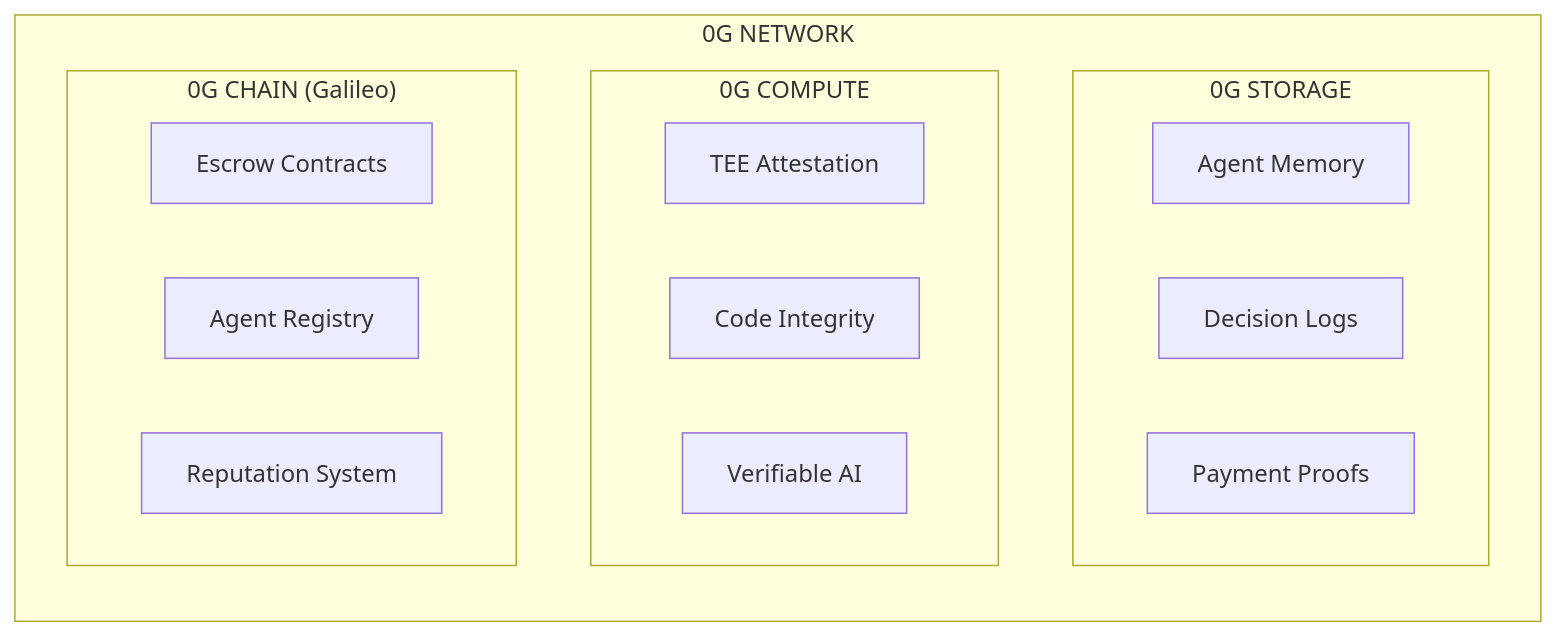
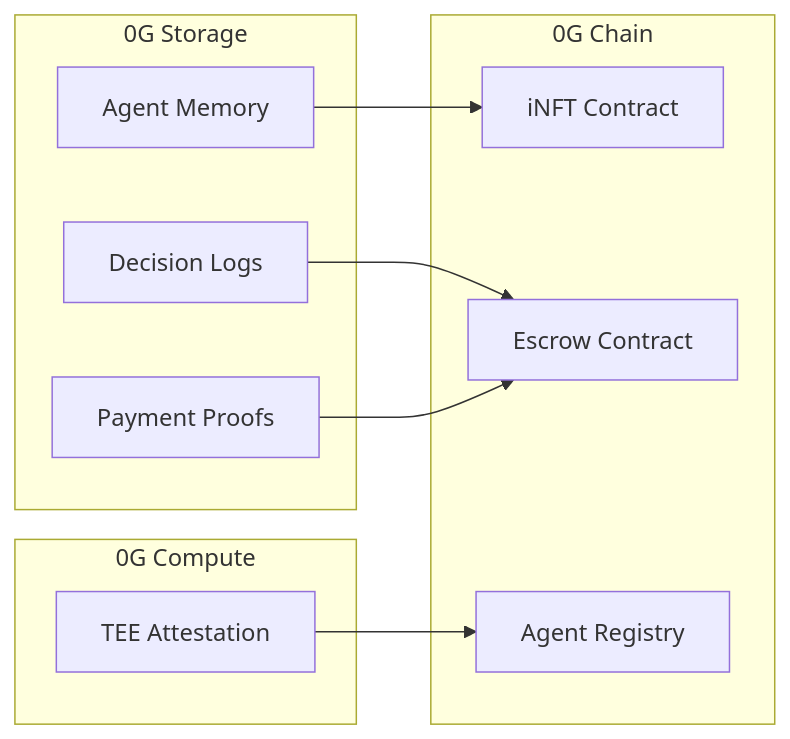
One commit to arko05roy/Aegis changed the second of 4 diagrams in README.md. Above: the diagram before and after it, drawn with Mermaid. The commit also changed other lines of this file, not shown here.

First line of the commit message:
docs: rewrite README with clear settlement flow and sponsor sections

````diff
--- a/README.md
+++ b/README.md
@@ -115,20 +85,23 @@
 ```mermaid
 flowchart LR
-    subgraph ZeroG["0G NETWORK"]
-        subgraph Storage["0G STORAGE"]
-            S1[Agent Memory]
-            S2[Decision Logs]
-            S3[Payment Proofs]
-        end
-        subgraph Compute["0G COMPUTE"]
-            C1[TEE Attestation]
-            C2[Code Integrity]
-            C3[Verifiable AI]
-        end
-        subgraph Chain["0G CHAIN (Galileo)"]
-            G1[Escrow Contracts]
-            G2[Agent Registry]
-            G3[Reputation System]
-        end
+    subgraph Storage["0G Storage"]
+        M[Agent Memory]
+        D[Decision Logs]
+        P[Payment Proofs]
     end
+    
+    subgraph Compute["0G Compute"]
+        T[TEE Attestation]
+    end
+    
+    subgraph Chain["0G Chain"]
+        E[Escrow Contract]
+        A[Agent Registry]
+        I[iNFT Contract]
+    end
+    
+    M --> I
+    D --> E
+    P --> E
+    T --> A
 ```
````
